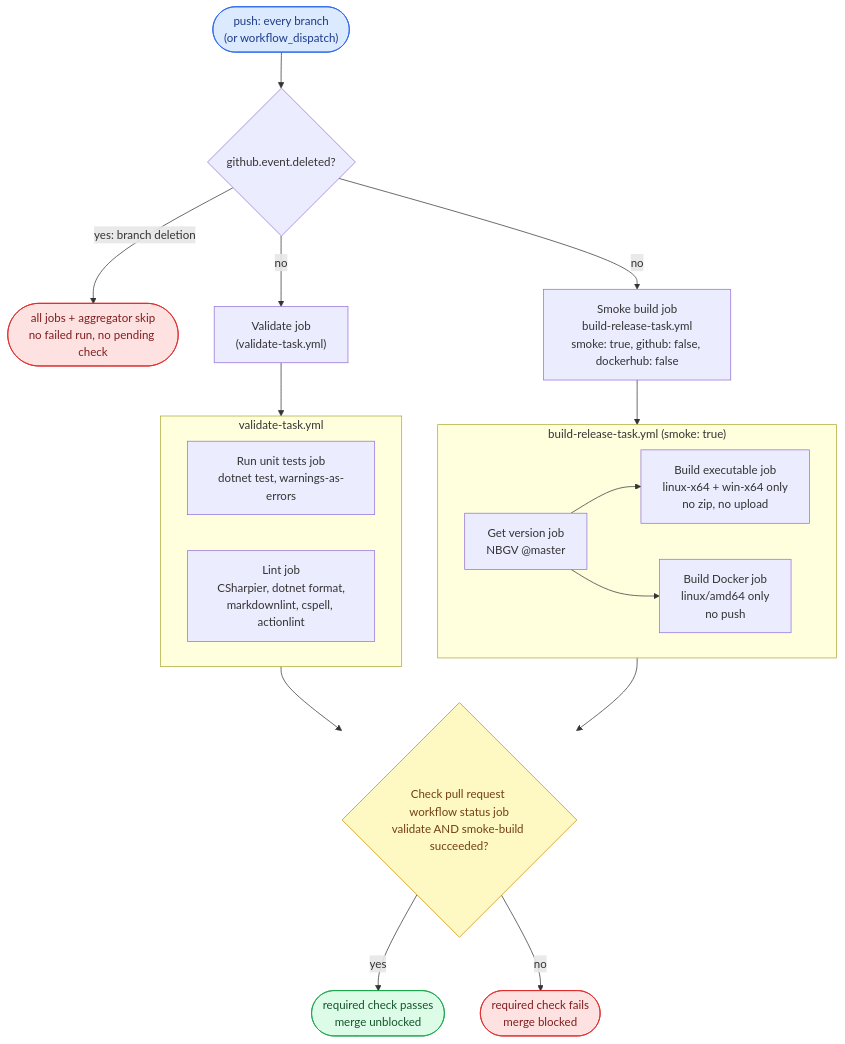
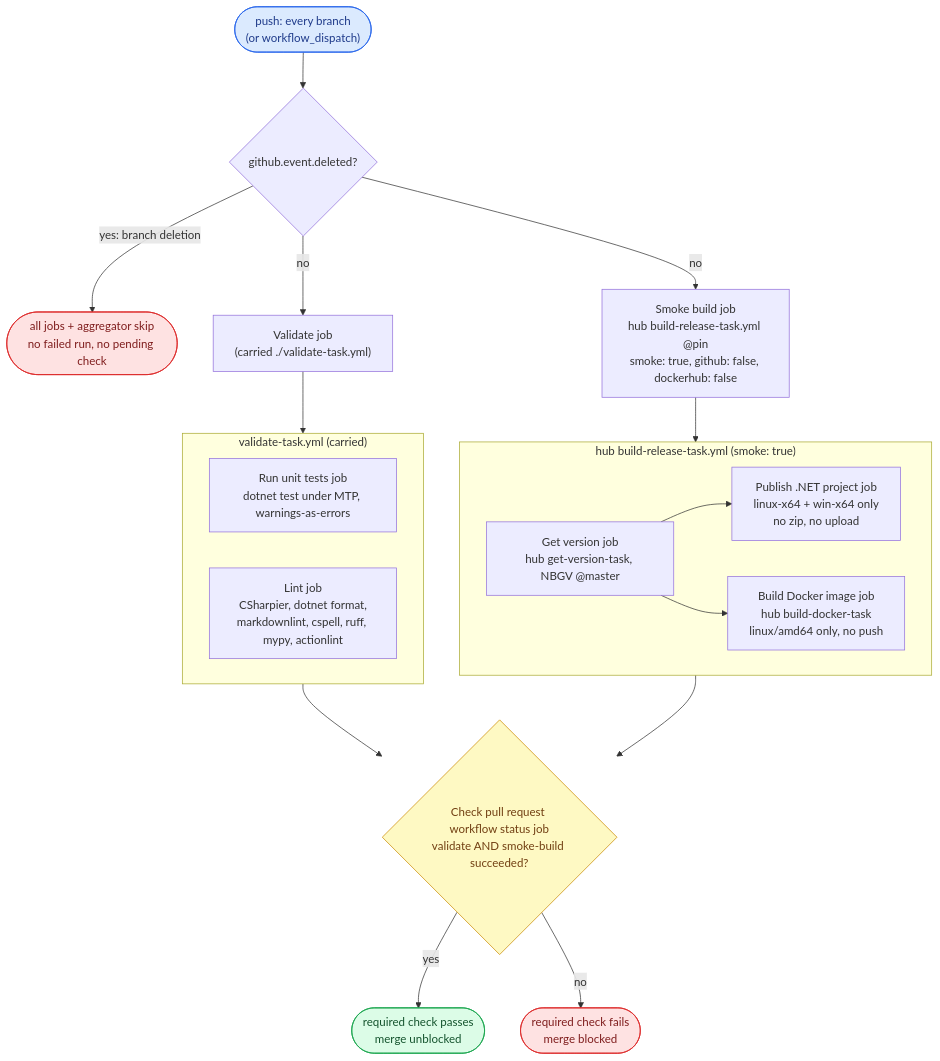
The first of 3 diagrams in WORKFLOW.md (ptr727/PlexCleaner), drawn with Mermaid before and after one commit. The commit also changed other lines of this file and 11 other files, not shown here.

````diff
--- a/WORKFLOW.md
+++ b/WORKFLOW.md
@@ -189,27 +215,27 @@
 ```mermaid
 flowchart TD
     T(["push: every branch<br/>(or workflow_dispatch)"]):::trig
     T --> D{"github.event.deleted?"}
     D -- "yes: branch deletion" --> X(["all jobs + aggregator skip<br/>no failed run, no pending check"]):::stop
-    D -- "no" --> V["Validate job<br/>(validate-task.yml)"]
-    D -- "no" --> S["Smoke build job<br/>build-release-task.yml<br/>smoke: true, github: false, dockerhub: false"]
-    subgraph VT ["validate-task.yml"]
-        U["Run unit tests job<br/>dotnet test, warnings-as-errors"]
-        L["Lint job<br/>CSharpier, dotnet format,<br/>markdownlint, cspell, actionlint"]
+    D -- "no" --> V["Validate job<br/>(carried ./validate-task.yml)"]
+    D -- "no" --> S["Smoke build job<br/>hub build-release-task.yml @pin<br/>smoke: true, github: false, dockerhub: false"]
+    subgraph VT ["validate-task.yml (carried)"]
+        U["Run unit tests job<br/>dotnet test under MTP, warnings-as-errors"]
+        L["Lint job<br/>CSharpier, dotnet format,<br/>markdownlint, cspell, ruff, mypy, actionlint"]
     end
     V --> VT
-    subgraph BRTS ["build-release-task.yml (smoke: true)"]
-        GVS["Get version job<br/>NBGV @master"] --> SE["Build executable job<br/>linux-x64 + win-x64 only<br/>no zip, no upload"]
-        GVS --> SD["Build Docker job<br/>linux/amd64 only<br/>no push"]
+    subgraph BRTS ["hub build-release-task.yml (smoke: true)"]
+        GVS["Get version job<br/>hub get-version-task, NBGV @master"] --> SE["Publish .NET project job<br/>linux-x64 + win-x64 only<br/>no zip, no upload"]
+        GVS --> SD["Build Docker image job<br/>hub build-docker-task<br/>linux/amd64 only, no push"]
     end
     S --> BRTS
     VT --> A
     BRTS --> A
     A{"Check pull request workflow status job<br/>validate AND smoke-build succeeded?"}:::gate
     A -- "yes" --> G(["required check passes<br/>merge unblocked"]):::pub
     A -- "no" --> R(["required check fails<br/>merge blocked"]):::stop
     classDef trig fill:#dbeafe,stroke:#2563eb,color:#1e3a8a
     classDef gate fill:#fef9c3,stroke:#ca8a04,color:#713f12
     classDef pub fill:#dcfce7,stroke:#16a34a,color:#14532d
     classDef stop fill:#fee2e2,stroke:#dc2626,color:#7f1d1d
 ```
````
